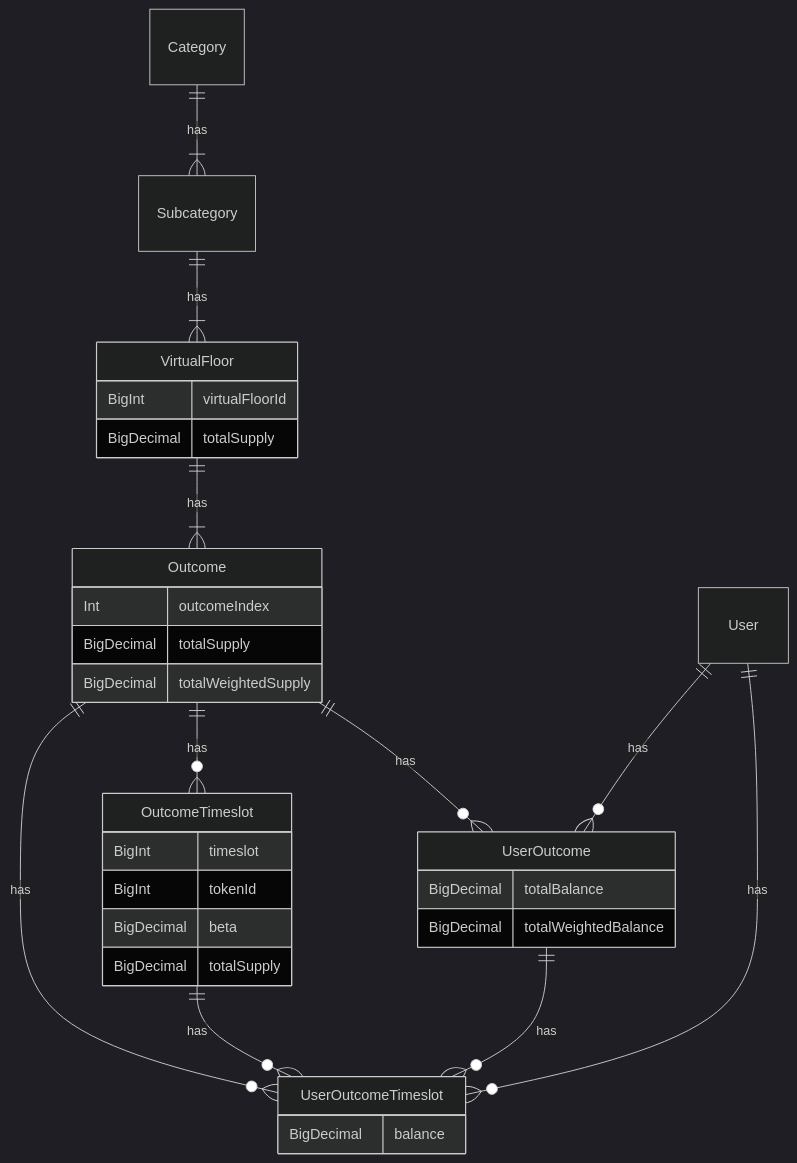
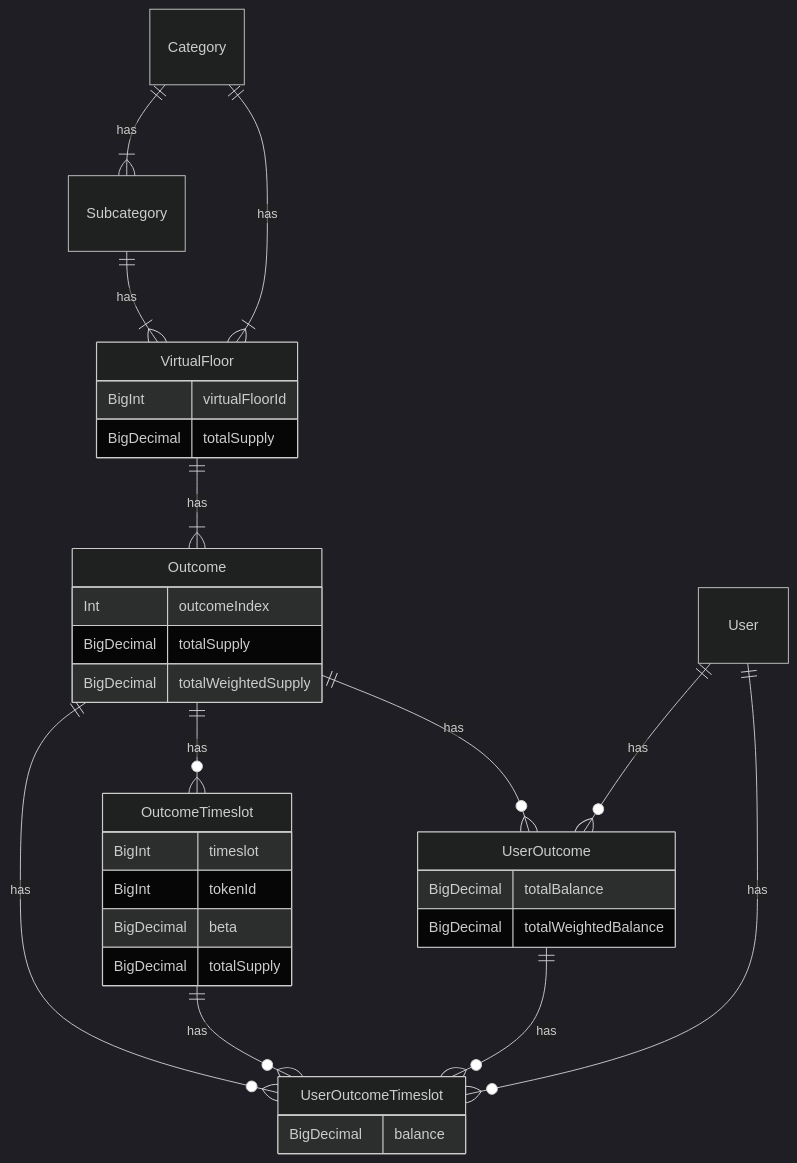
One commit to 0xsaxit/doubledice changed the diagram in platform/docs/ENTITIES.md. Above: the diagram before and after it, drawn with Mermaid (dark theme). The commit also changed 2 other files, not shown here.

Commit message:
graph: Make VFs directly queriable under category

````diff
--- a/platform/docs/ENTITIES.md
+++ b/platform/docs/ENTITIES.md
@@ -1,41 +1,42 @@
 ```mermaid
 erDiagram
     Category ||--|{ Subcategory: has
+    Subcategory ||--|{ VirtualFloor: has
 
-    Subcategory ||--|{ VirtualFloor: has
-    
+    Category ||--|{ VirtualFloor: has
+
     VirtualFloor ||--|{ Outcome: has
 
     Outcome ||--o{ UserOutcomeTimeslot: has
     Outcome ||--o{ OutcomeTimeslot: has
     Outcome ||--o{ UserOutcome: has
 
     User ||--o{ UserOutcome: has
     User ||--o{ UserOutcomeTimeslot: has
 
     UserOutcome ||--o{ UserOutcomeTimeslot: has
     OutcomeTimeslot ||--o{ UserOutcomeTimeslot: has
 
     VirtualFloor {
         BigInt virtualFloorId
         BigDecimal totalSupply
     }
     Outcome {
         Int outcomeIndex
         BigDecimal totalSupply
         BigDecimal totalWeightedSupply
     }
     OutcomeTimeslot {
         BigInt timeslot
         BigInt tokenId
         BigDecimal beta
         BigDecimal totalSupply
     }
     UserOutcome {
         BigDecimal totalBalance
         BigDecimal totalWeightedBalance
     }
     UserOutcomeTimeslot {
         BigDecimal balance
     }
 ```
````
